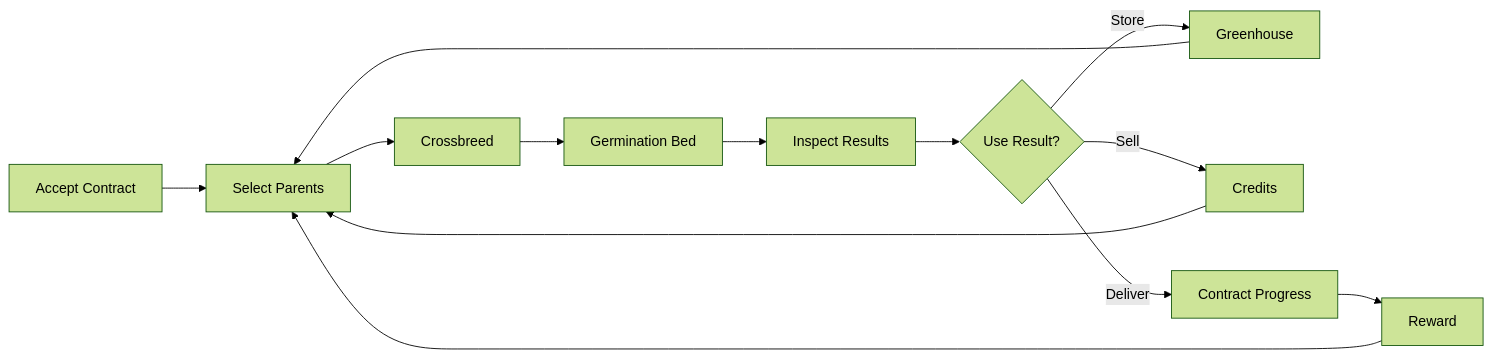
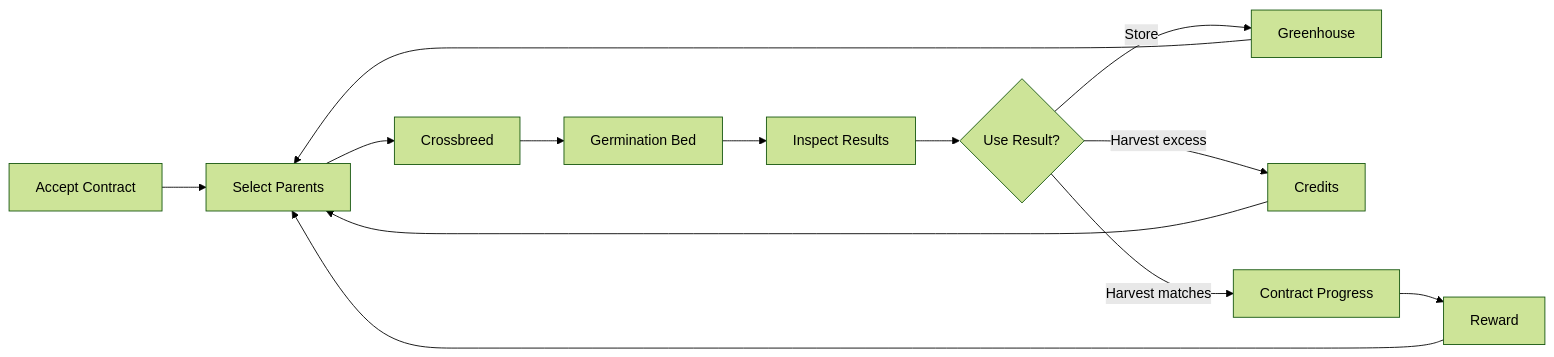
Before and after one commit to LucasCodo/Mendel-s-Greenhouse: the second of 2 diagrams in specs/ui/navigation-flow.md, drawn with Mermaid (forest theme). The commit also changed other lines of this file and 24 other files, not shown here.

````diff
--- a/specs/ui/navigation-flow.md
+++ b/specs/ui/navigation-flow.md
@@ -66,15 +66,15 @@
 ```mermaid
 flowchart LR
     A["Accept Contract"] --> B["Select Parents"]
     B --> C["Crossbreed"]
     C --> D["Germination Bed"]
     D --> E["Inspect Results"]
     E --> F{"Use Result?"}
     F -->|Store| G["Greenhouse"]
-    F -->|Sell| H["Credits"]
-    F -->|Deliver| I["Contract Progress"]
+    F -->|Harvest excess| H["Credits"]
+    F -->|Harvest matches| I["Contract Progress"]
     I --> J["Reward"]
     G --> B
     H --> B
     J --> B
 ```
````
